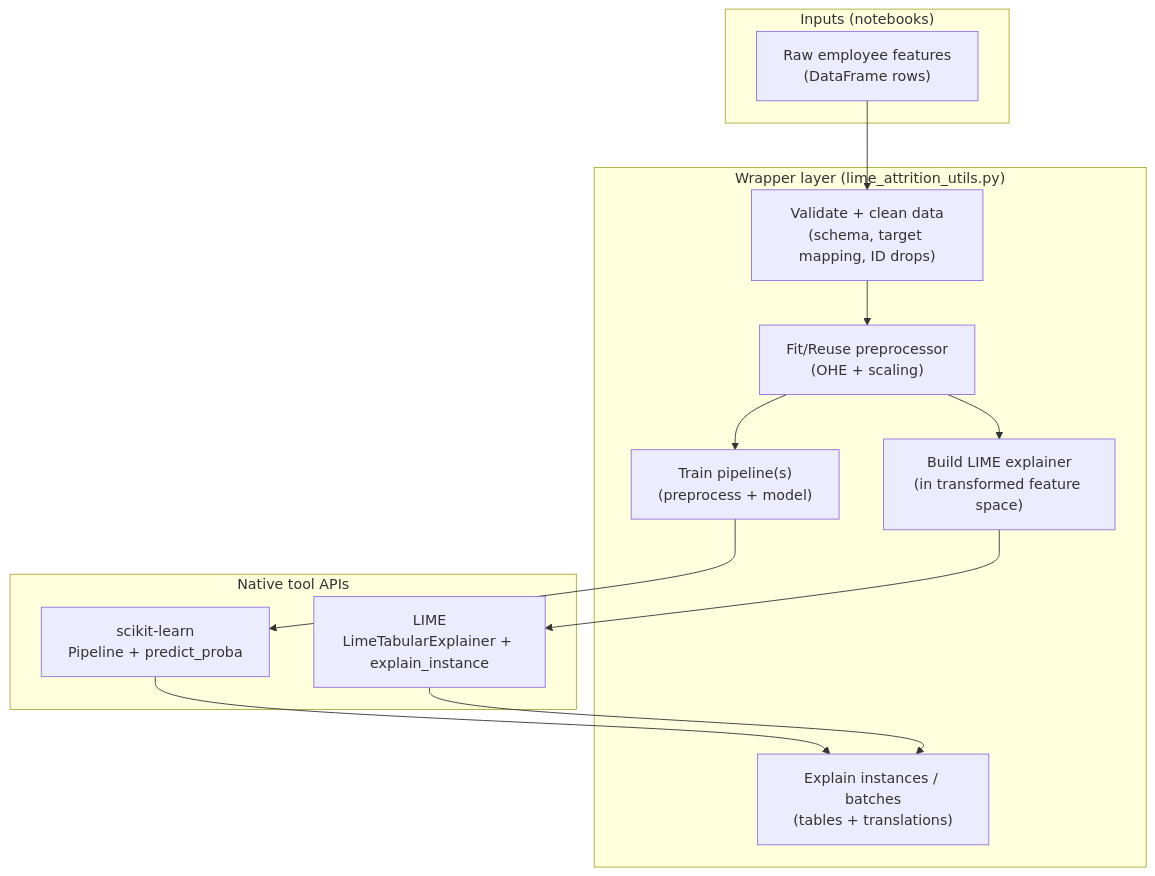
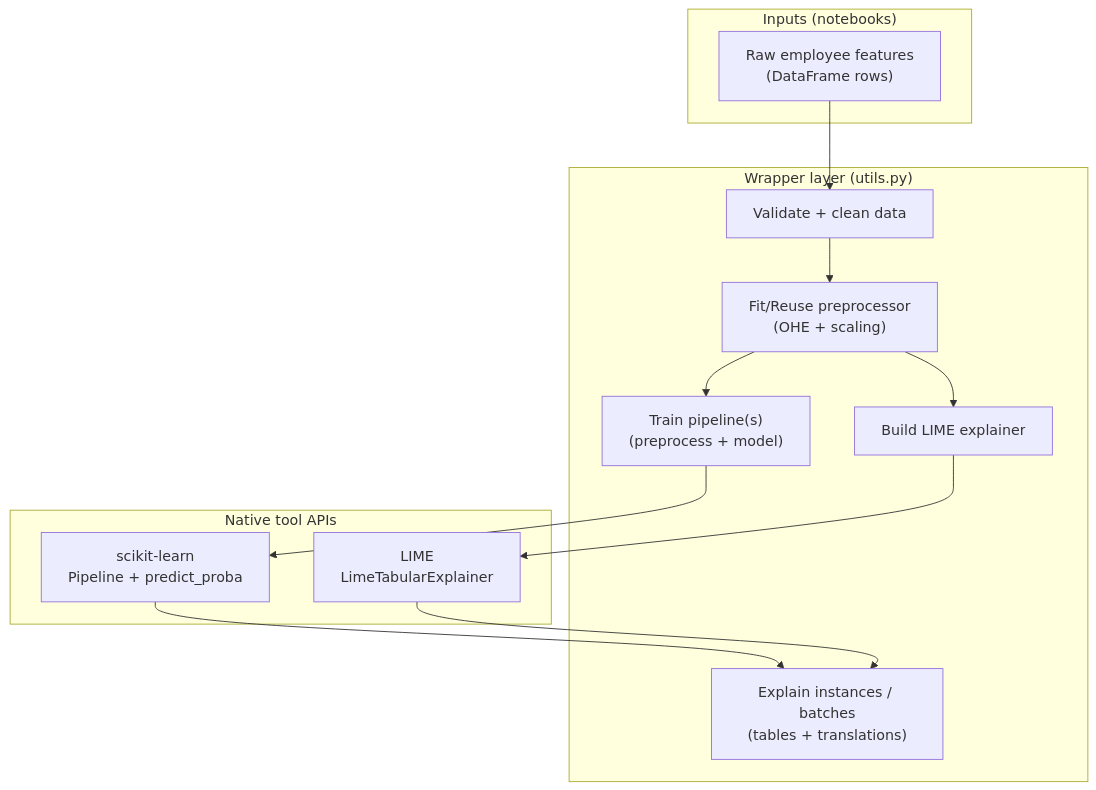
One commit to gpsaggese/gpsaggese.github.io changed the diagram in class_project/MSML610/Fall2025/Projects/UmdTask62_Fall2025_LIME_Employee_Attrition_Prediction/lime_attrition.API.md. Above: the diagram before and after it, drawn with Mermaid. The commit also changed other lines of this file and 4 other files, not shown here.

````diff
--- a/class_project/MSML610/Fall2025/Projects/UmdTask62_Fall2025_LIME_Employee_Attrition_Prediction/lime_attrition.API.md
+++ b/class_project/MSML610/Fall2025/Projects/UmdTask62_Fall2025_LIME_Employee_Attrition_Prediction/lime_attrition.API.md
@@ -313,26 +313,26 @@
 ```mermaid
 flowchart TB
   subgraph Inputs["Inputs (notebooks)"]
     X0["Raw employee features<br/>(DataFrame rows)"]
   end
 
-  subgraph Wrapper["Wrapper layer (lime_attrition_utils.py)"]
-    W1["Validate + clean data<br/>(schema, target mapping, ID drops)"]
+  subgraph Wrapper["Wrapper layer (utils.py)"]
+    W1["Validate + clean data"]
     W2["Fit/Reuse preprocessor<br/>(OHE + scaling)"]
     W3["Train pipeline(s)<br/>(preprocess + model)"]
-    W4["Build LIME explainer<br/>(in transformed feature space)"]
+    W4["Build LIME explainer"]
     W5["Explain instances / batches<br/>(tables + translations)"]
   end
 
   subgraph Native["Native tool APIs"]
     S1["scikit-learn<br/>Pipeline + predict_proba"]
-    L1["LIME<br/>LimeTabularExplainer + explain_instance"]
+    L1["LIME<br/>LimeTabularExplainer"]
   end
 
   X0 --> W1 --> W2 --> W3
   W3 --> S1
   W2 --> W4
   W4 --> L1
   S1 --> W5
   L1 --> W5
 ```
````
